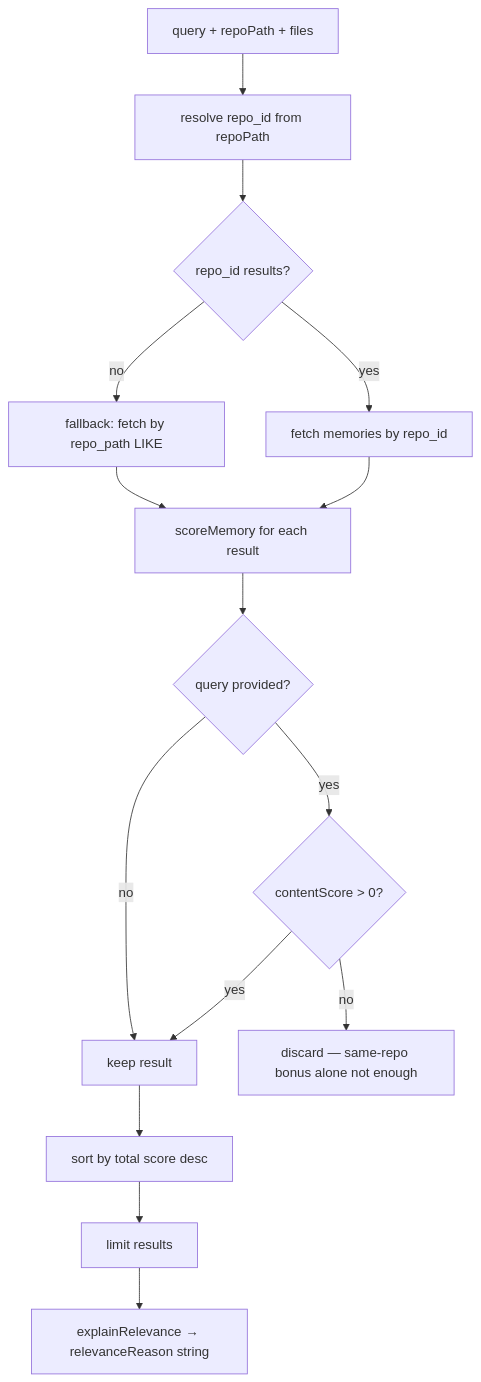
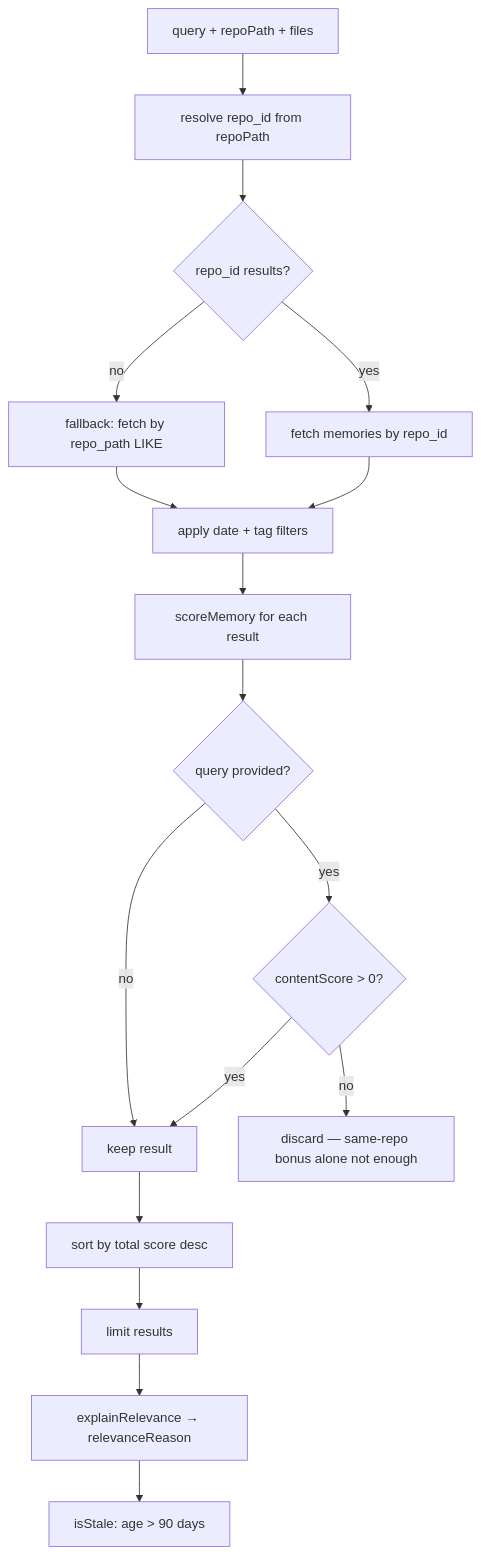
One commit to malinda1986/whyline changed the fifth of 8 diagrams in docs/architecture.md. Above: the diagram before and after it, drawn with Mermaid. The commit also changed other lines of this file and 9 other files, not shown here.

````diff
--- a/docs/architecture.md
+++ b/docs/architecture.md
@@ -202,17 +219,19 @@
 ```mermaid
 flowchart TD
     A[query + repoPath + files] --> B[resolve repo_id from repoPath]
     B --> C{repo_id results?}
     C -- yes --> D[fetch memories by repo_id]
     C -- no --> E[fallback: fetch by repo_path LIKE]
-    D --> F[scoreMemory for each result]
+    D --> F[apply date + tag filters]
     E --> F
-    F --> G{query provided?}
-    G -- yes --> H{contentScore > 0?}
-    H -- yes --> I[keep result]
-    H -- no --> J[discard — same-repo bonus alone not enough]
-    G -- no --> I
-    I --> K[sort by total score desc]
-    K --> L[limit results]
-    L --> M[explainRelevance → relevanceReason string]
+    F --> G[scoreMemory for each result]
+    G --> H{query provided?}
+    H -- yes --> I{contentScore > 0?}
+    I -- yes --> J[keep result]
+    I -- no --> K[discard — same-repo bonus alone not enough]
+    H -- no --> J
+    J --> L[sort by total score desc]
+    L --> M[limit results]
+    M --> N[explainRelevance → relevanceReason]
+    N --> O[isStale: age > 90 days]
 ```
````
